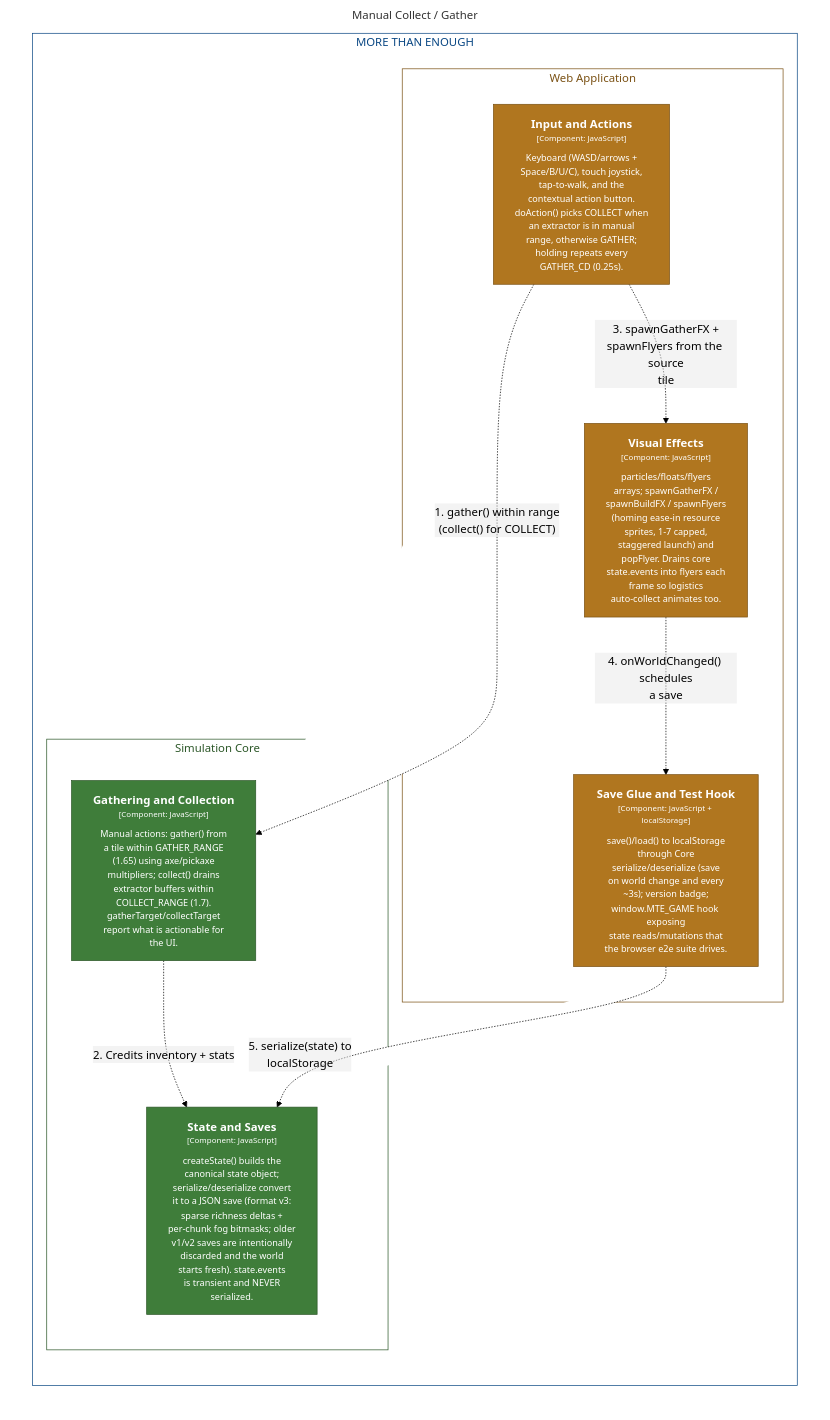
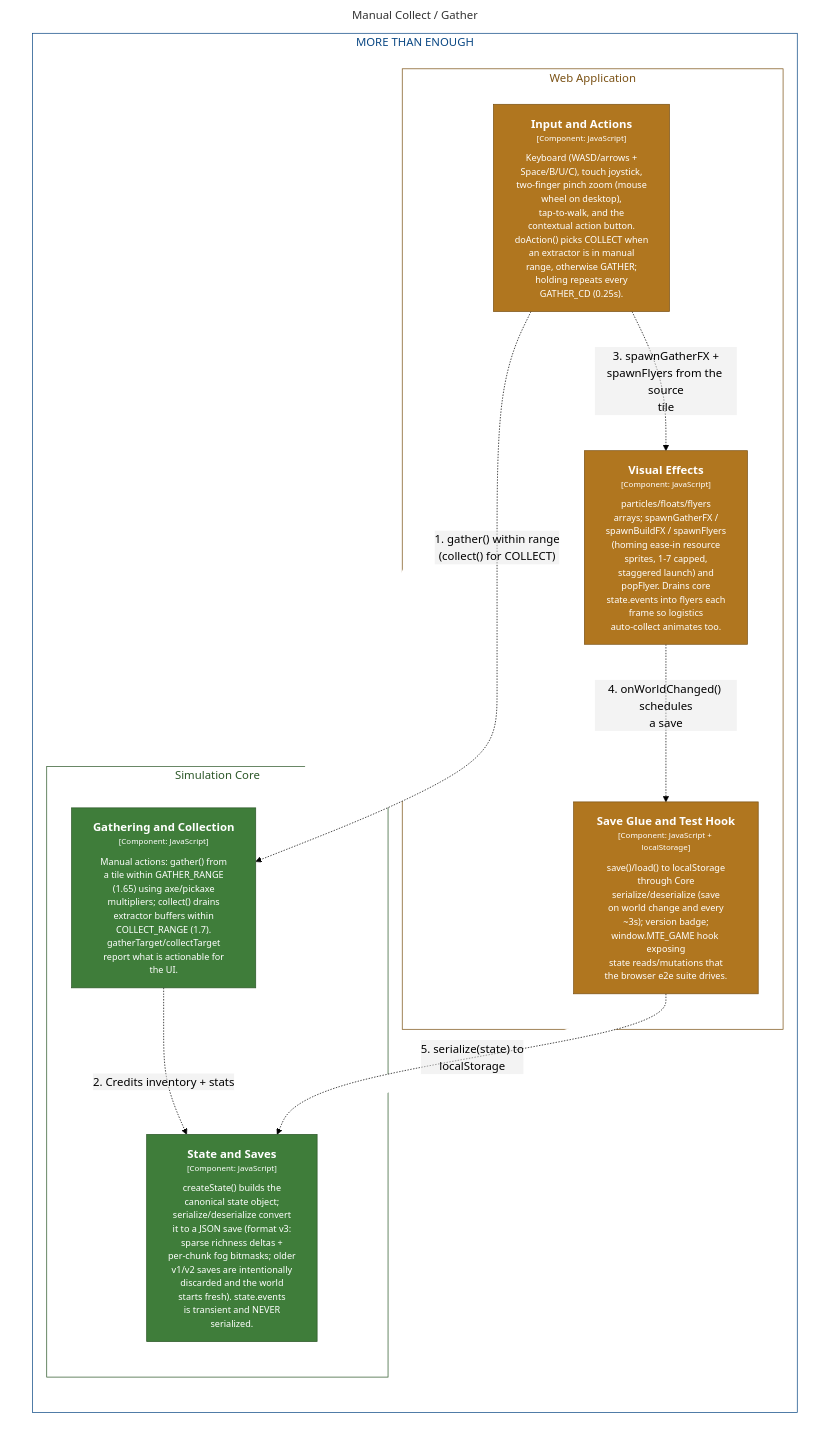
Before and after one commit to bitkojine/more-than-enough: the diagram in structurizr/diagrams/CollectFlow.mmd, drawn with Mermaid (forest theme). The commit also changed 17 other files, not shown here.

First line of the commit message:
v0.11.0: feat — pinch to zoom (two-finger + wheel), LOD far rendering

```diff
--- a/structurizr/diagrams/CollectFlow.mmd
+++ b/structurizr/diagrams/CollectFlow.mmd
@@ -1,39 +1,39 @@
 %% Generated from structurizr/workspace.dsl — do not edit; run: node structurizr/scripts/structurizr.mjs mermaid
 graph LR
   linkStyle default fill:#ffffff
 
   subgraph diagram ["Manual Collect / Gather"]
     style diagram fill:#ffffff,stroke:#ffffff
 
     subgraph 3 ["MORE THAN ENOUGH"]
       style 3 fill:#ffffff,stroke:#0b4884,color:#0b4884
 
       subgraph 11 ["Simulation Core"]
         style 11 fill:#ffffff,stroke:#2c5728,color:#2c5728
 
         13["<div style='font-weight: bold'>State and Saves</div><div style='font-size: 70%; margin-top: 0px'>[Component: JavaScript]</div><div style='font-size: 80%; margin-top:10px'>createState() builds the<br />canonical state object;<br />serialize/deserialize convert<br />it to a JSON save (format v3:<br />sparse richness deltas +<br />per-chunk fog bitmasks; older<br />v1/v2 saves are intentionally<br />discarded and the world<br />starts fresh). state.events<br />is transient and NEVER<br />serialized.</div>"]
         style 13 fill:#3f7d3a,stroke:#2c5728,color:#ffffff
         15["<div style='font-weight: bold'>Gathering and Collection</div><div style='font-size: 70%; margin-top: 0px'>[Component: JavaScript]</div><div style='font-size: 80%; margin-top:10px'>Manual actions: gather() from<br />a tile within GATHER_RANGE<br />(1.65) using axe/pickaxe<br />multipliers; collect() drains<br />extractor buffers within<br />COLLECT_RANGE (1.7).<br />gatherTarget/collectTarget<br />report what is actionable for<br />the UI.</div>"]
         style 15 fill:#3f7d3a,stroke:#2c5728,color:#ffffff
       end
 
       subgraph 4 ["Web Application"]
         style 4 fill:#ffffff,stroke:#7b5215,color:#7b5215
 
         10["<div style='font-weight: bold'>Save Glue and Test Hook</div><div style='font-size: 70%; margin-top: 0px'>[Component: JavaScript + localStorage]</div><div style='font-size: 80%; margin-top:10px'>save()/load() to localStorage<br />through Core<br />serialize/deserialize (save<br />on world change and every<br />~3s); version badge;<br />window.MTE_GAME hook exposing<br />state reads/mutations that<br />the browser e2e suite drives.</div>"]
         style 10 fill:#b0761f,stroke:#7b5215,color:#ffffff
-        5["<div style='font-weight: bold'>Input and Actions</div><div style='font-size: 70%; margin-top: 0px'>[Component: JavaScript]</div><div style='font-size: 80%; margin-top:10px'>Keyboard (WASD/arrows +<br />Space/B/U/C), touch joystick,<br />tap-to-walk, and the<br />contextual action button.<br />doAction() picks COLLECT when<br />an extractor is in manual<br />range, otherwise GATHER;<br />holding repeats every<br />GATHER_CD (0.25s).</div>"]
+        5["<div style='font-weight: bold'>Input and Actions</div><div style='font-size: 70%; margin-top: 0px'>[Component: JavaScript]</div><div style='font-size: 80%; margin-top:10px'>Keyboard (WASD/arrows +<br />Space/B/U/C), touch joystick,<br />two-finger pinch zoom (mouse<br />wheel on desktop),<br />tap-to-walk, and the<br />contextual action button.<br />doAction() picks COLLECT when<br />an extractor is in manual<br />range, otherwise GATHER;<br />holding repeats every<br />GATHER_CD (0.25s).</div>"]
         style 5 fill:#b0761f,stroke:#7b5215,color:#ffffff
         7["<div style='font-weight: bold'>Visual Effects</div><div style='font-size: 70%; margin-top: 0px'>[Component: JavaScript]</div><div style='font-size: 80%; margin-top:10px'>particles/floats/flyers<br />arrays; spawnGatherFX /<br />spawnBuildFX / spawnFlyers<br />(homing ease-in resource<br />sprites, 1-7 capped,<br />staggered launch) and<br />popFlyer. Drains core<br />state.events into flyers each<br />frame so logistics<br />auto-collect animates too.</div>"]
         style 7 fill:#b0761f,stroke:#7b5215,color:#ffffff
       end
 
     end
 
     5-. "<div>1. gather() within range<br />(collect() for COLLECT)</div><div style='font-size: 70%'></div>" .->15
     15-. "<div>2. Credits inventory + stats</div><div style='font-size: 70%'></div>" .->13
     5-. "<div>3. spawnGatherFX +<br />spawnFlyers from the source<br />tile</div><div style='font-size: 70%'></div>" .->7
     7-. "<div>4. onWorldChanged() schedules<br />a save</div><div style='font-size: 70%'></div>" .->10
     10-. "<div>5. serialize(state) to<br />localStorage</div><div style='font-size: 70%'></div>" .->13
 
   end
```
